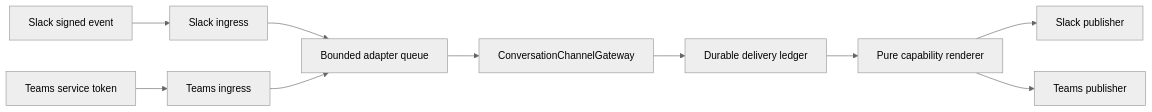
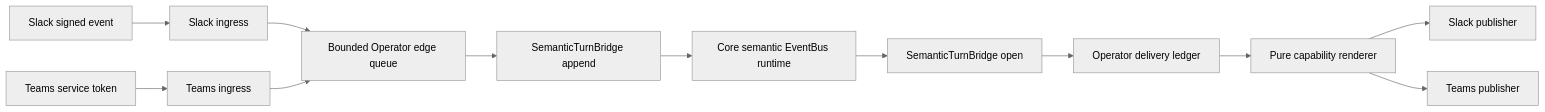
The diagram in docs/roadmap/interfaces/production-a3-channel-runtime-ko.md (dotnetpower/fdai), drawn with Mermaid (neutral theme) before and after one commit. The commit also changed other lines of this file and 13 other files, not shown here.

````diff
--- a/docs/roadmap/interfaces/production-a3-channel-runtime-ko.md
+++ b/docs/roadmap/interfaces/production-a3-channel-runtime-ko.md
@@ -27,12 +31,14 @@
 ```mermaid
 flowchart LR
   S[Slack signed event] --> SI[Slack ingress]
   T[Teams service token] --> TI[Teams ingress]
-  SI --> Q[Bounded adapter queue]
+  SI --> Q[Bounded Operator edge queue]
   TI --> Q
-  Q --> G[ConversationChannelGateway]
-  G --> D[Durable delivery ledger]
+  Q --> B[SemanticTurnBridge append]
+  B --> E[Core semantic EventBus runtime]
+  E --> O[SemanticTurnBridge open]
+  O --> D[Operator delivery ledger]
   D --> P[Pure capability renderer]
   P --> SP[Slack publisher]
   P --> TP[Teams publisher]
 ```
````
